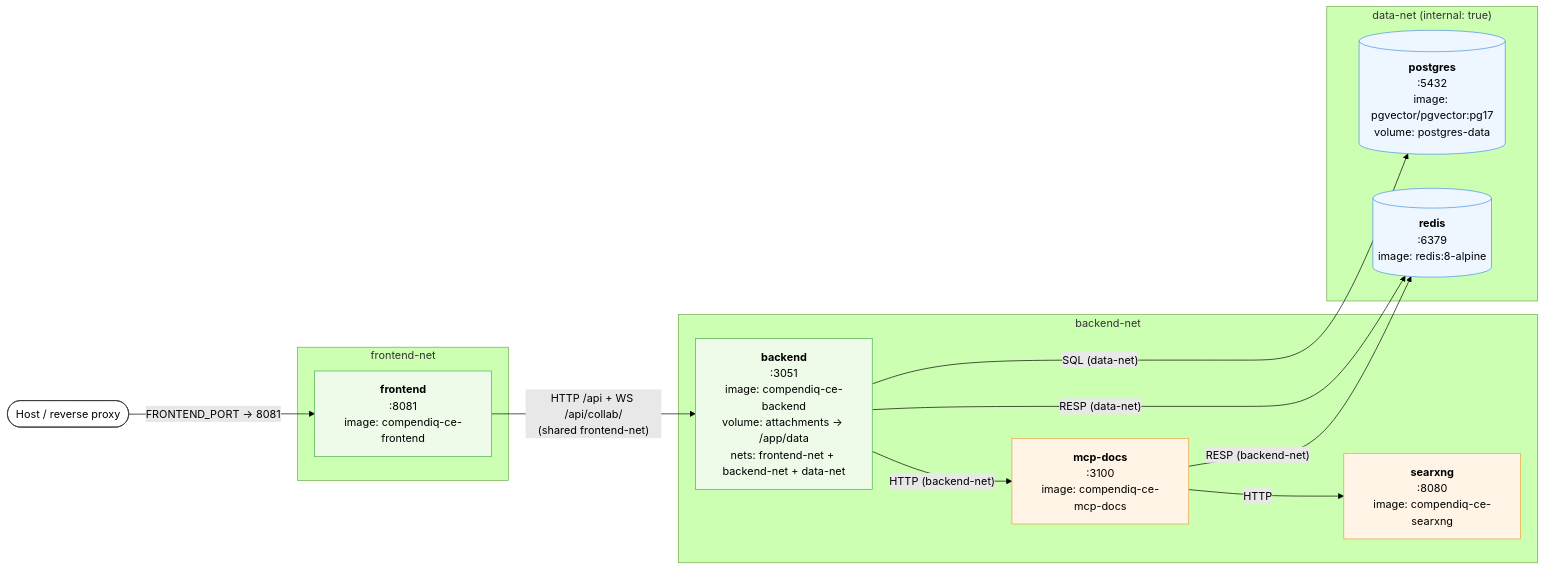
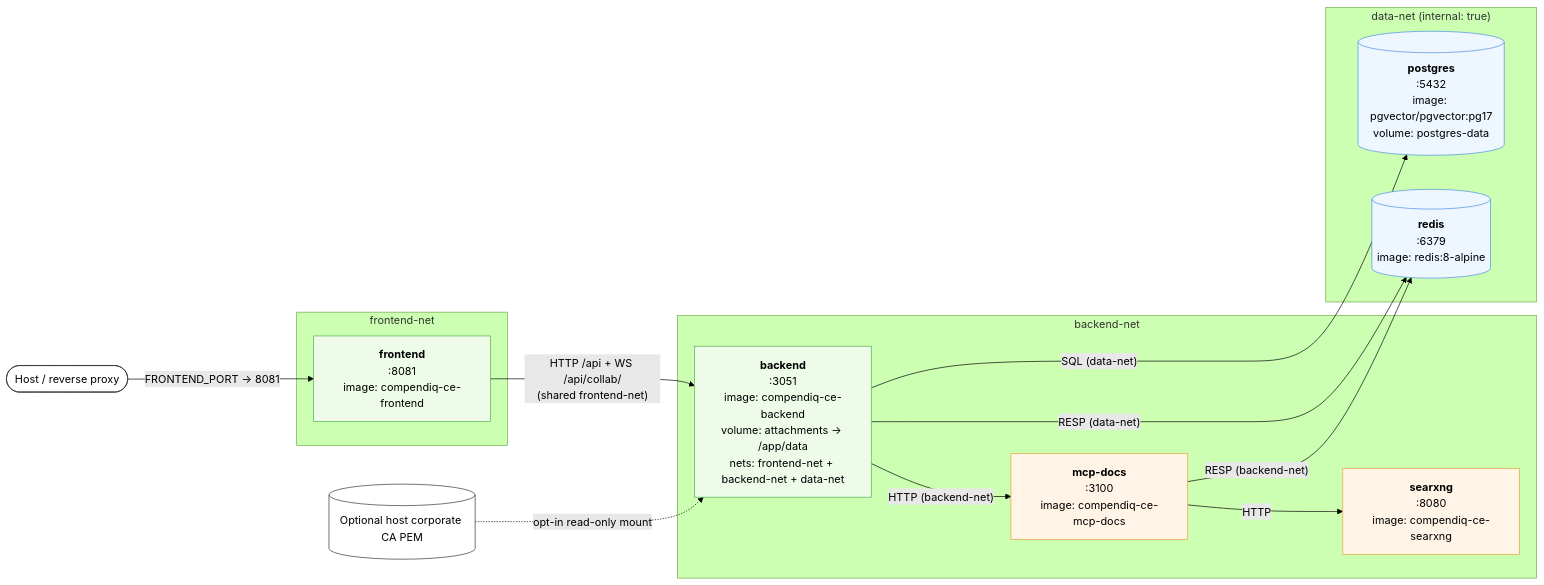
Before and after one commit to Compendiq/compendiq-ce: the first of 4 diagrams in docs/architecture/05-deployment.md, drawn with Mermaid (forest theme). The commit also changed other lines of this file and 13 other files, not shown here.

````diff
--- a/docs/architecture/05-deployment.md
+++ b/docs/architecture/05-deployment.md
@@ -11,37 +11,39 @@
 ```mermaid
 flowchart LR
     host(["Host / reverse proxy"])
+    ca[("Optional host corporate CA PEM")]
 
     subgraph fe_net["frontend-net"]
         fe["<b>frontend</b><br/>:8081<br/>image: compendiq-ce-frontend"]
     end
 
     subgraph be_net["backend-net"]
         be["<b>backend</b><br/>:3051<br/>image: compendiq-ce-backend<br/>volume: attachments → /app/data<br/>nets: frontend-net + backend-net + data-net"]
         mcp["<b>mcp-docs</b><br/>:3100<br/>image: compendiq-ce-mcp-docs"]
         searx["<b>searxng</b><br/>:8080<br/>image: compendiq-ce-searxng"]
     end
 
     subgraph data_net["data-net (internal: true)"]
         pg[("<b>postgres</b><br/>:5432<br/>image: pgvector/pgvector:pg17<br/>volume: postgres-data")]
         rd[("<b>redis</b><br/>:6379<br/>image: redis:8-alpine")]
     end
 
     host -- "FRONTEND_PORT → 8081" --> fe
     fe -- "HTTP /api + WS /api/collab/<br/>(shared frontend-net)" --> be
     be -- "HTTP (backend-net)" --> mcp
     mcp -- "HTTP" --> searx
     be -- "SQL (data-net)" --> pg
     be -- "RESP (data-net)" --> rd
+    ca -. "opt-in read-only mount" .-> be
     mcp -- "RESP (backend-net)" --> rd
 
     classDef ext fill:#fff,stroke:#333
     classDef net fill:#fafafa,stroke:#bbb,stroke-dasharray: 4 4
     classDef svc fill:#eefbe8,stroke:#4caf50
     classDef data fill:#eef6ff,stroke:#4a90e2
     classDef side fill:#fff4e5,stroke:#e5a23c
-    class host ext
+    class host,ca ext
     class fe,be svc
     class mcp,searx side
     class pg,rd data
 ```
````
